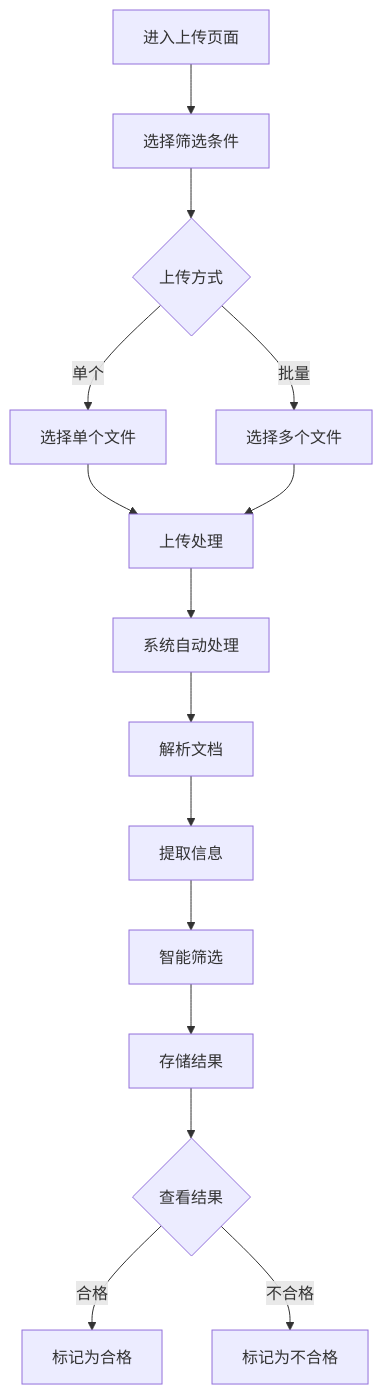
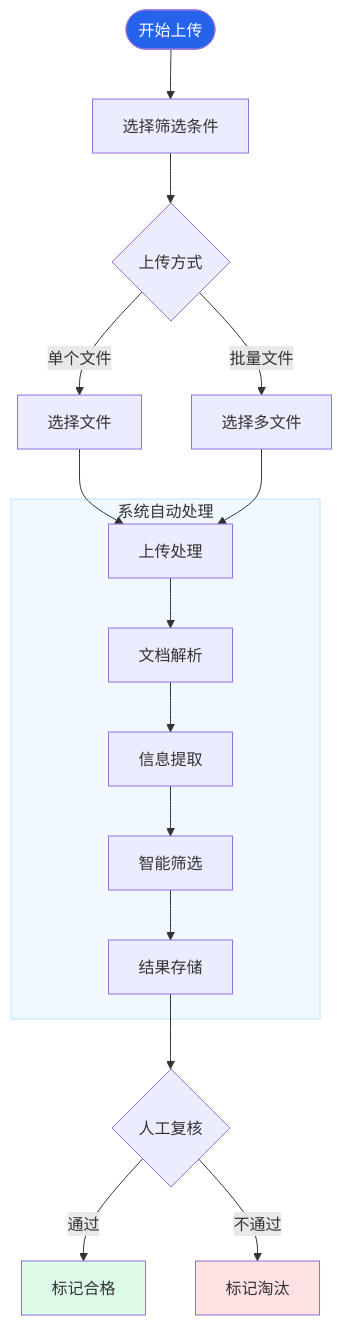
Before and after one commit to xt765/ResumeScreening: the third of 8 diagrams in docs/usage.md, drawn with Mermaid. The commit also changed other lines of this file and 5 other files, not shown here.

Commit message:
refactor: remove similarity score and update documentation diagrams

````diff
--- a/docs/usage.md
+++ b/docs/usage.md
@@ -60,20 +69,26 @@
 ```mermaid
-graph TB
-    A[进入上传页面] --> B[选择筛选条件]
-    B --> C{上传方式}
-    C -->|单个| D[选择单个文件]
-    C -->|批量| E[选择多个文件]
+graph TD
+    Start([开始上传]) --> Select[选择筛选条件]
+    Select --> Mode{上传方式}
+    Mode -->|单个文件| Single[选择文件]
+    Mode -->|批量文件| Batch[选择多文件]
     
-    D --> F[上传处理]
-    E --> F
+    Single --> Upload[上传处理]
+    Batch --> Upload
     
-    F --> G[系统自动处理]
-    G --> H[解析文档]
-    H --> I[提取信息]
-    I --> J[智能筛选]
-    J --> K[存储结果]
+    subgraph Process [系统自动处理]
+        Upload --> Parse[文档解析]
+        Parse --> Extract[信息提取]
+        Extract --> Filter[智能筛选]
+        Filter --> Save[结果存储]
+    end
     
-    K --> L{查看结果}
-    L -->|合格| M[标记为合格]
-    L -->|不合格| N[标记为不合格]
+    Save --> Review{人工复核}
+    Review -->|通过| Pass[标记合格]
+    Review -->|不通过| Fail[标记淘汰]
+    
+    style Start fill:#2563eb,color:#fff
+    style Process fill:#f0f9ff,stroke:#bae6fd
+    style Pass fill:#dcfce7
+    style Fail fill:#fee2e2
 ```
````
